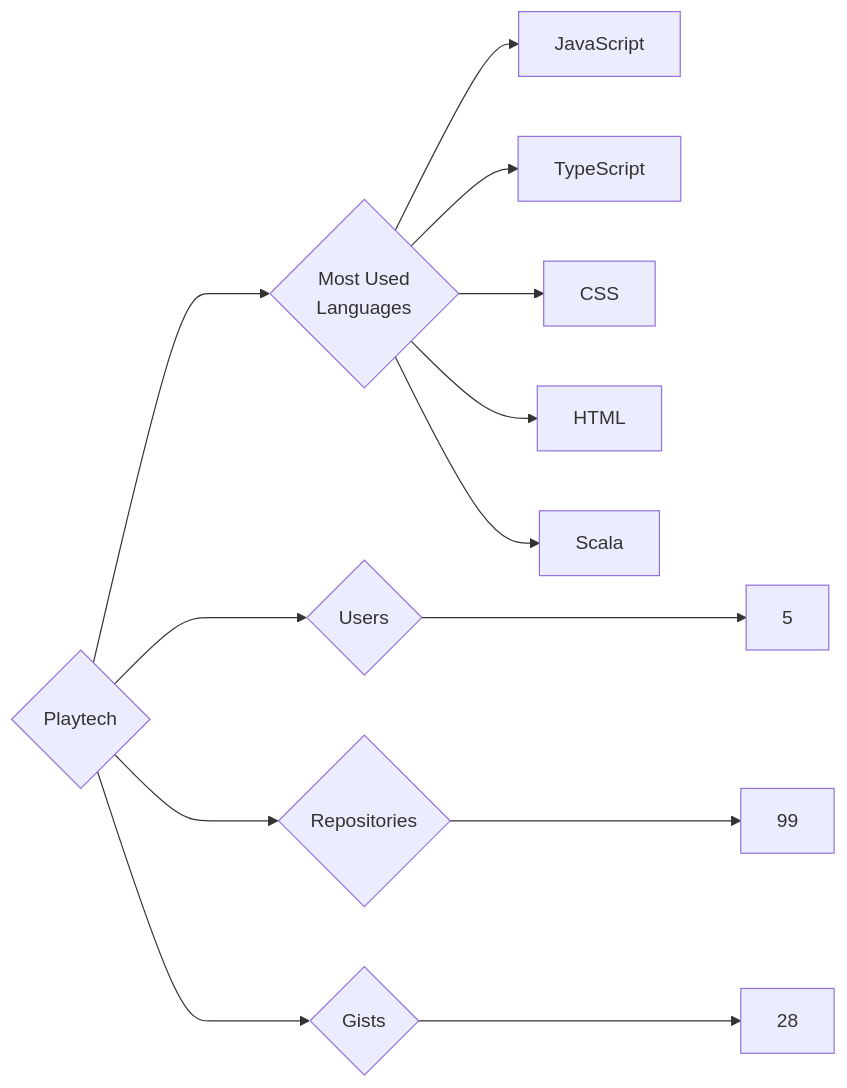
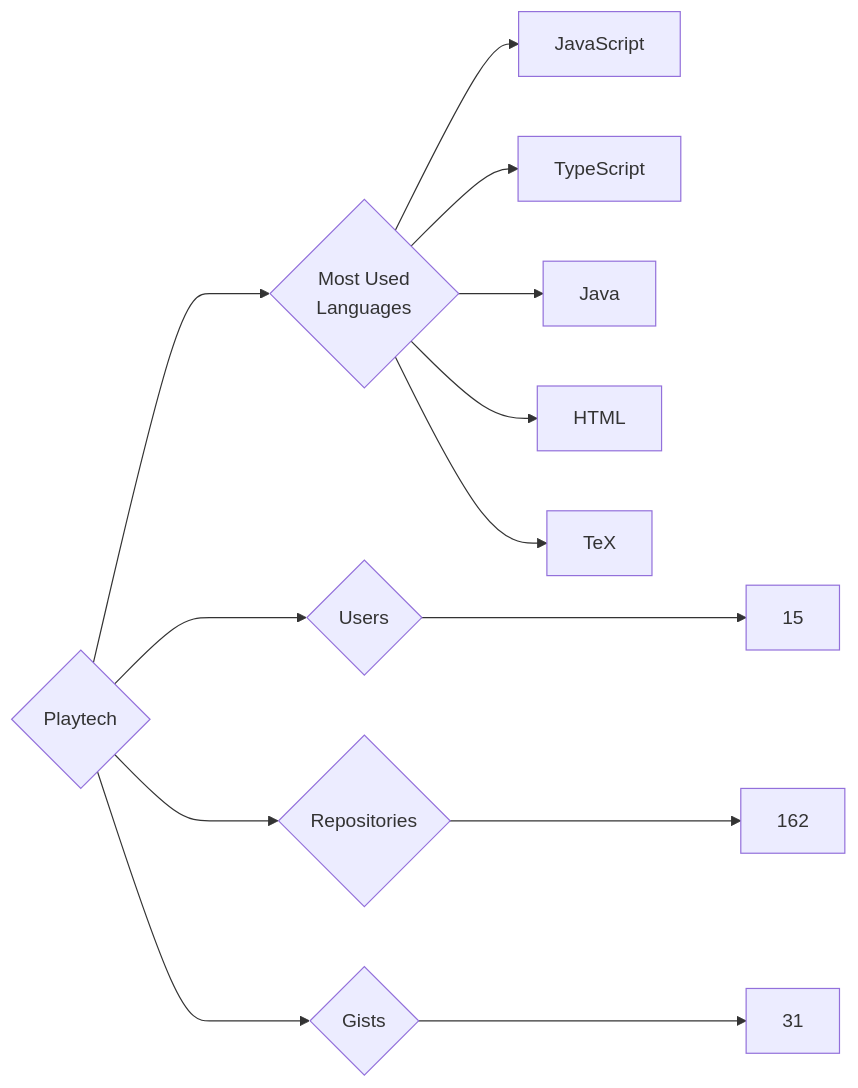
One commit to trickest/insiders changed the diagram in targets/Playtech/README.md. Above: the diagram before and after it, drawn with Mermaid. The commit also changed 972 other files, not shown here.

````diff
--- a/targets/Playtech/README.md
+++ b/targets/Playtech/README.md
@@ -3,13 +3,13 @@
 ```mermaid
 graph LR
 COMPANY_NAME{Playtech}
-COMPANY_NAME ---> U{Users} ---> UN[5]
-COMPANY_NAME ---> R{Repositories} ---> RN[99]
-COMPANY_NAME ---> G{Gists} ---> GN[28]
+COMPANY_NAME ---> U{Users} ---> UN[15]
+COMPANY_NAME ---> R{Repositories} ---> RN[162]
+COMPANY_NAME ---> G{Gists} ---> GN[31]
 COMPANY_NAME ---> ML{Most Used<br>Languages}
 ML --> JavaScript[JavaScript]
 ML --> TypeScript[TypeScript]
-ML --> CSS[CSS]
+ML --> Java[Java]
 ML --> HTML[HTML]
-ML --> Scala[Scala]
+ML --> TeX[TeX]
 ```
````
